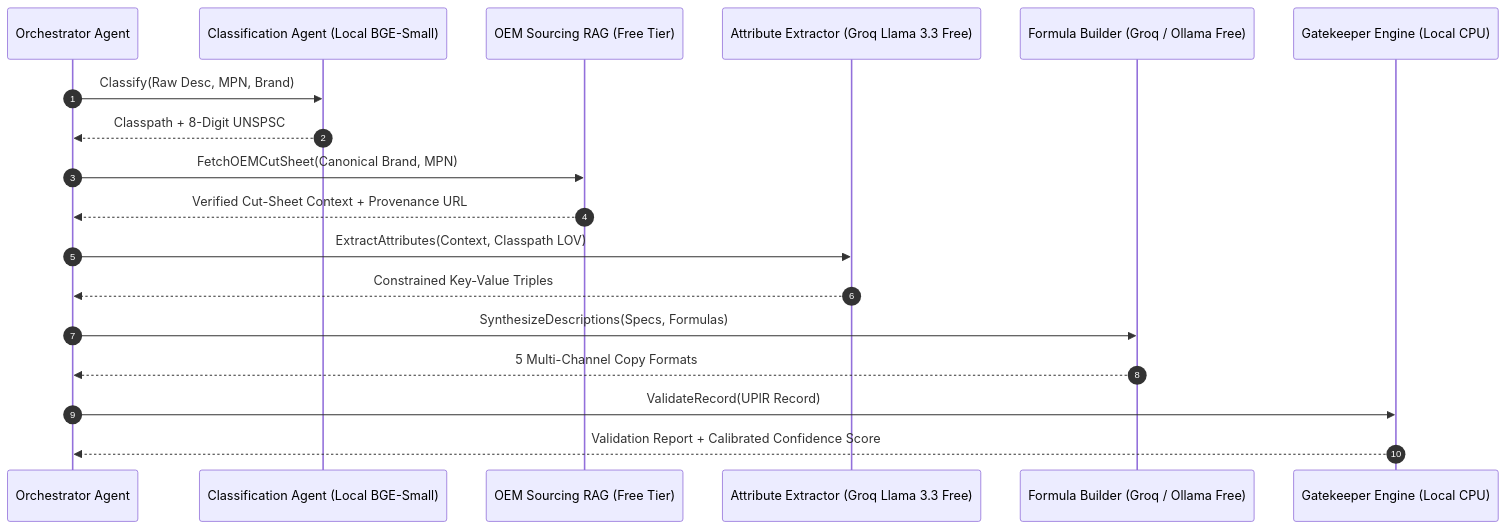
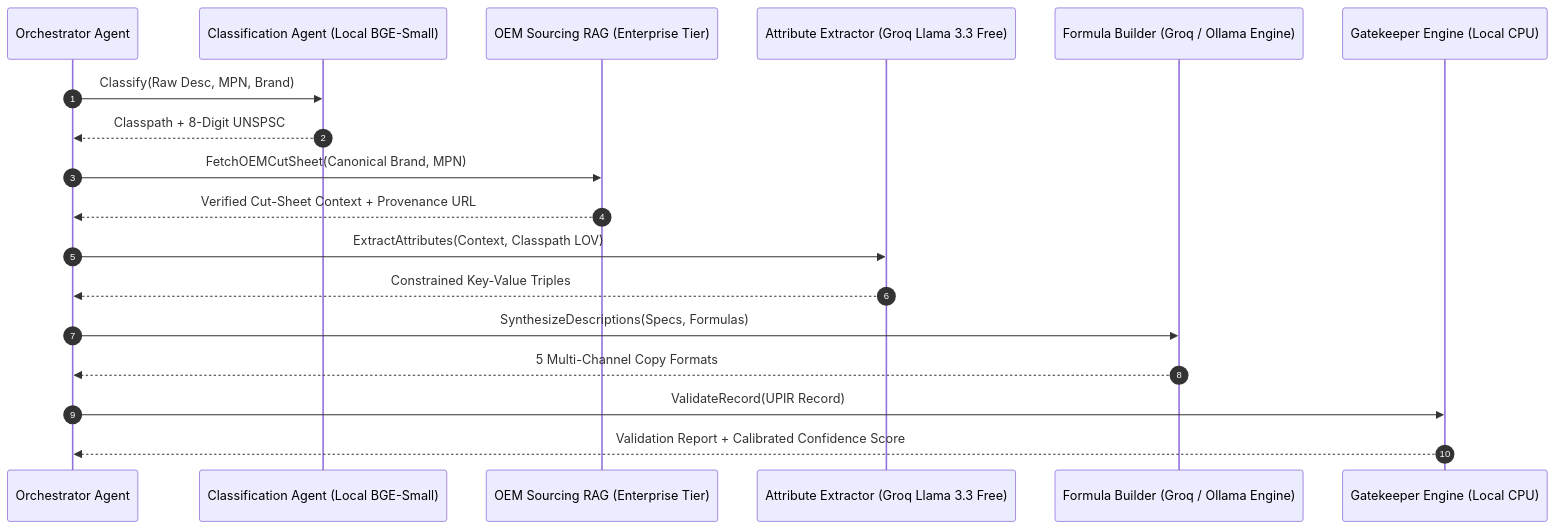
Before and after one commit to Adityaraj1969/AI-Powered-Product-Intelligence-for-Industrial-Commerce: the second of 3 diagrams in docs/Architecture.md, drawn with Mermaid. The commit also changed other lines of this file and 16 other files, not shown here.

````diff
--- a/docs/Architecture.md
+++ b/docs/Architecture.md
@@ -104,21 +104,21 @@
 ```mermaid
 sequenceDiagram
     autonumber
     participant Orch as Orchestrator Agent
     participant Class as Classification Agent (Local BGE-Small)
-    participant Sourcing as OEM Sourcing RAG (Free Tier)
+    participant Sourcing as OEM Sourcing RAG (Enterprise Tier)
     participant Extr as Attribute Extractor (Groq Llama 3.3 Free)
-    participant Synth as Formula Builder (Groq / Ollama Free)
+    participant Synth as Formula Builder (Groq / Ollama Engine)
     participant Gate as Gatekeeper Engine (Local CPU)
 
     Orch->>Class: Classify(Raw Desc, MPN, Brand)
     Class-->>Orch: Classpath + 8-Digit UNSPSC
     Orch->>Sourcing: FetchOEMCutSheet(Canonical Brand, MPN)
     Sourcing-->>Orch: Verified Cut-Sheet Context + Provenance URL
     Orch->>Extr: ExtractAttributes(Context, Classpath LOV)
     Extr-->>Orch: Constrained Key-Value Triples
     Orch->>Synth: SynthesizeDescriptions(Specs, Formulas)
     Synth-->>Orch: 5 Multi-Channel Copy Formats
     Orch->>Gate: ValidateRecord(UPIR Record)
     Gate-->>Orch: Validation Report + Calibrated Confidence Score
 ```
````
